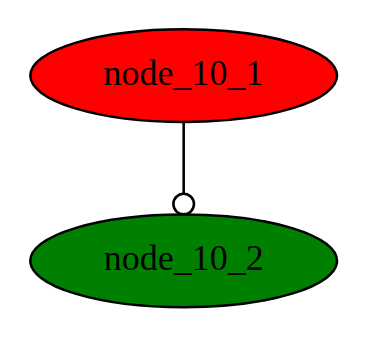
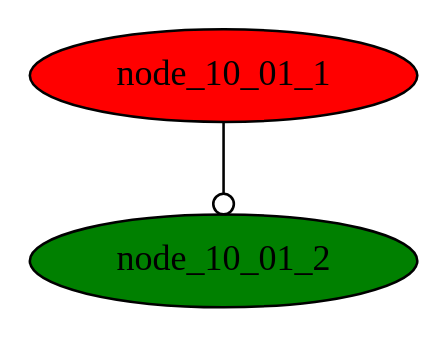
Before and after one commit to graphviz-perl/GraphViz2-Marpa: the diagram in data/10.01.gv, drawn with Graphviz. The commit also changed 17 other files, not shown here.

```diff
--- a/data/10.01.gv
+++ b/data/10.01.gv
@@ -1,7 +1,7 @@
-strict digraph graph_10_1
+strict digraph graph_10_01
 {
-	node_10_1 [fillcolor = red, style = filled]
-	node_10_2 [fillcolor = green, style = filled]
+	node_10_01_1 [fillcolor = red, style = filled]
+	node_10_01_2 [fillcolor = green, style = filled]
 
-	node_10_1 -> node_10_2 [arrowtail = dot, arrowhead = odot]
+	node_10_01_1 -> node_10_01_2 [arrowtail = dot, arrowhead = odot]
 }
```
